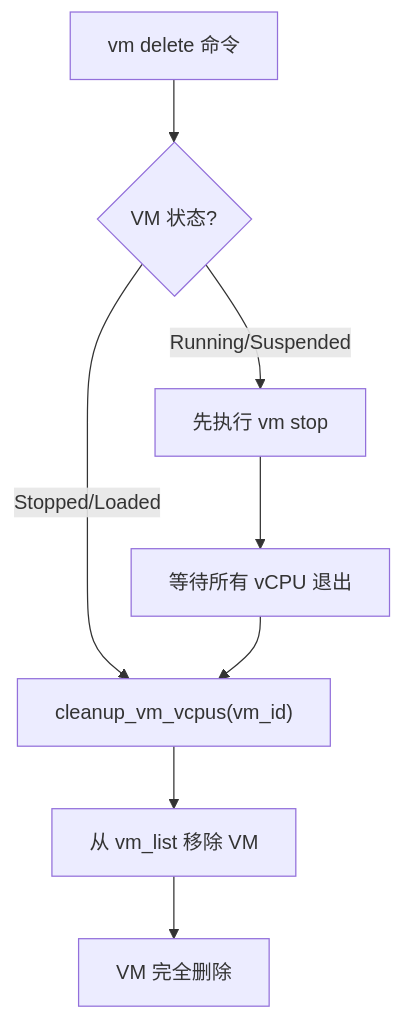
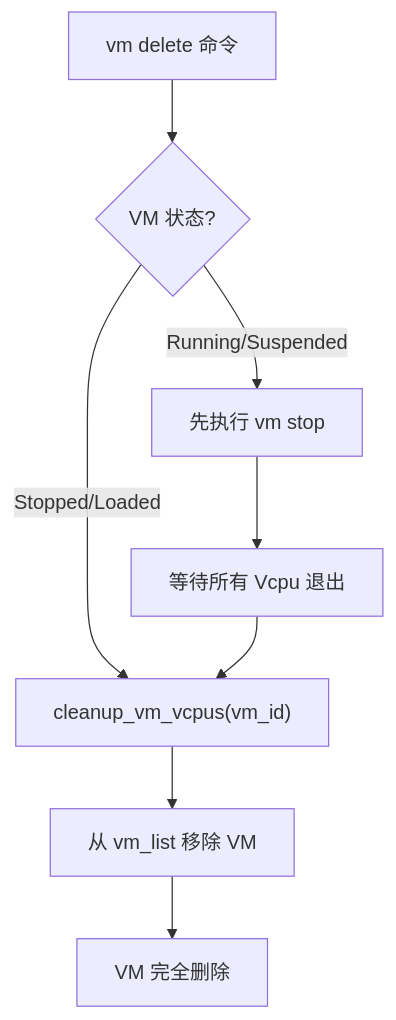
One commit to arceos-hypervisor/axvisorbook changed diagram 18 of 18 in docs/design/guest/manager/vcpu-task.md. Above: the diagram before and after it, drawn with Mermaid. The commit also changed other lines of this file and 6 other files, not shown here.

````diff
--- a/docs/design/guest/manager/vcpu-task.md
+++ b/docs/design/guest/manager/vcpu-task.md
@@ -809,12 +809,12 @@
 ```mermaid
 flowchart TB
     DELETE["vm delete 命令"] --> CHECK{VM 状态?}
 
     CHECK -->|Running/Suspended| STOP["先执行 vm stop"]
     CHECK -->|Stopped/Loaded| CLEANUP
 
-    STOP --> WAIT["等待所有 vCPU 退出"]
+    STOP --> WAIT["等待所有 Vcpu 退出"]
     WAIT --> CLEANUP["cleanup_vm_vcpus(vm_id)"]
     CLEANUP --> REMOVE["从 vm_list 移除 VM"]
     REMOVE --> DONE["VM 完全删除"]
 ```
````
